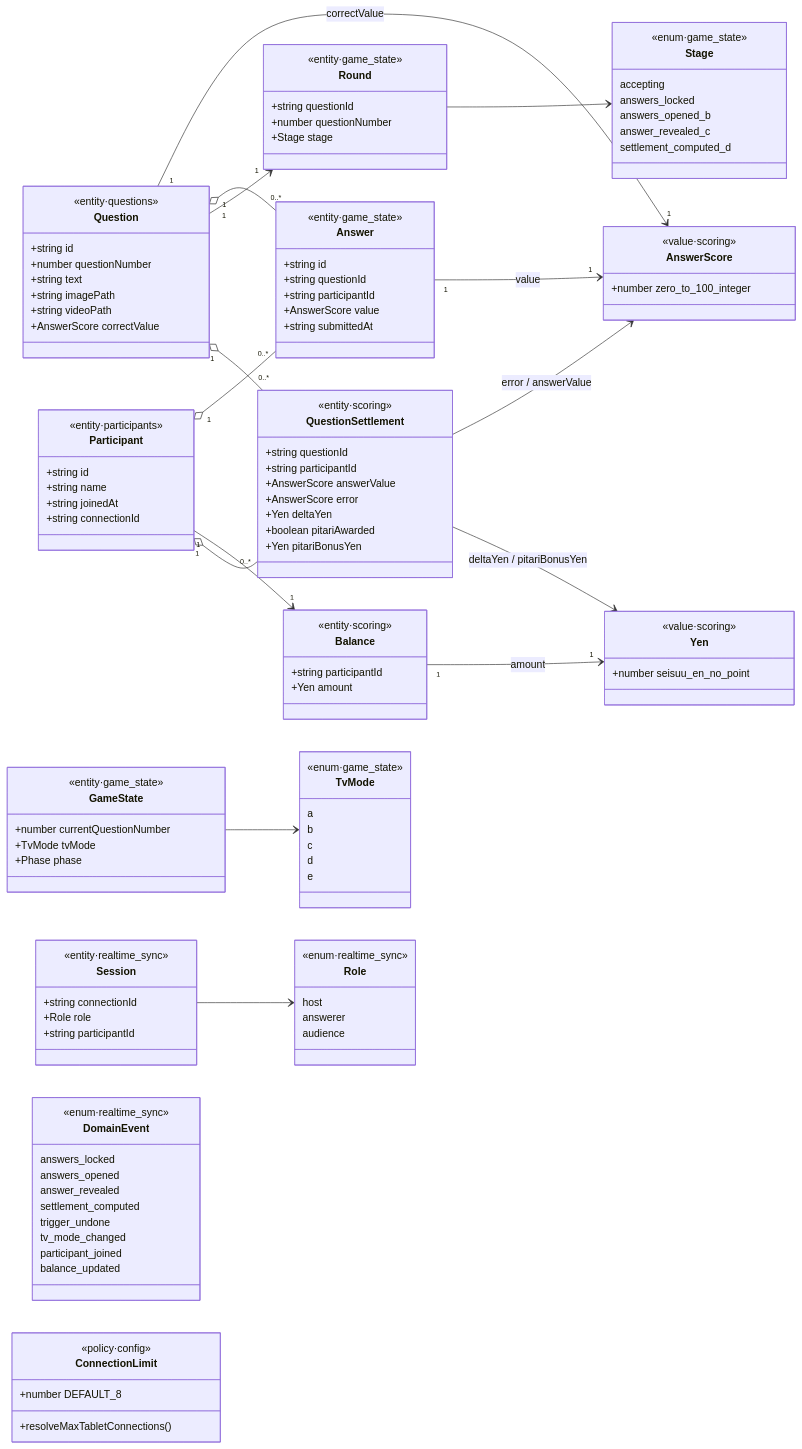
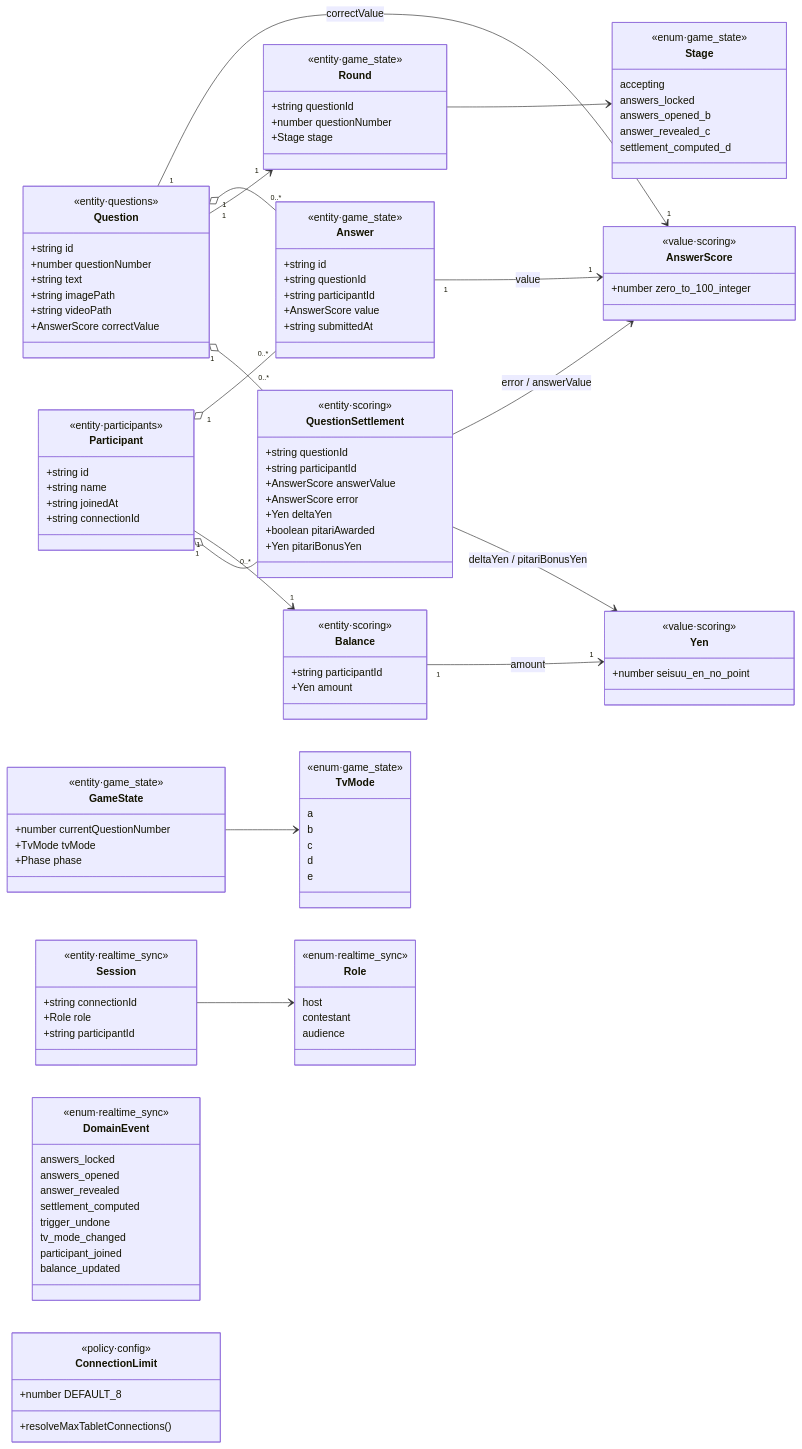
Before and after one commit to akAredminEogre/save-money-switcher: the first of 3 diagrams in docs/detailed_design/shared_domain_model.md, drawn with Mermaid. The commit also changed other lines of this file and 70 other files, not shown here.

First line of the commit message:
refactor(cmd_2553): ロール識別子 answerer を contestant へ改名（PR#3 殿レビュー対応）

```diff
--- a/docs/detailed_design/shared_domain_model.md
+++ b/docs/detailed_design/shared_domain_model.md
@@ -522,7 +522,7 @@
     class Role {
         <<enum·realtime_sync>>
         host
-        answerer
+        contestant
         audience
     }
     class Session {
```
